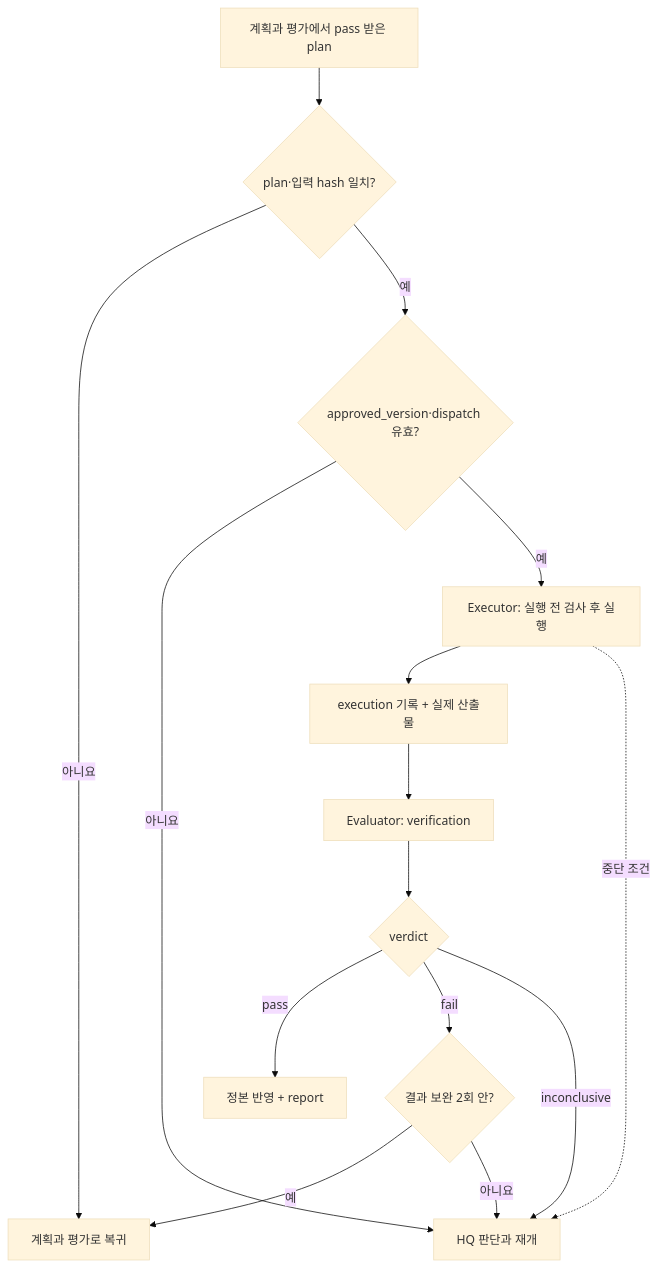
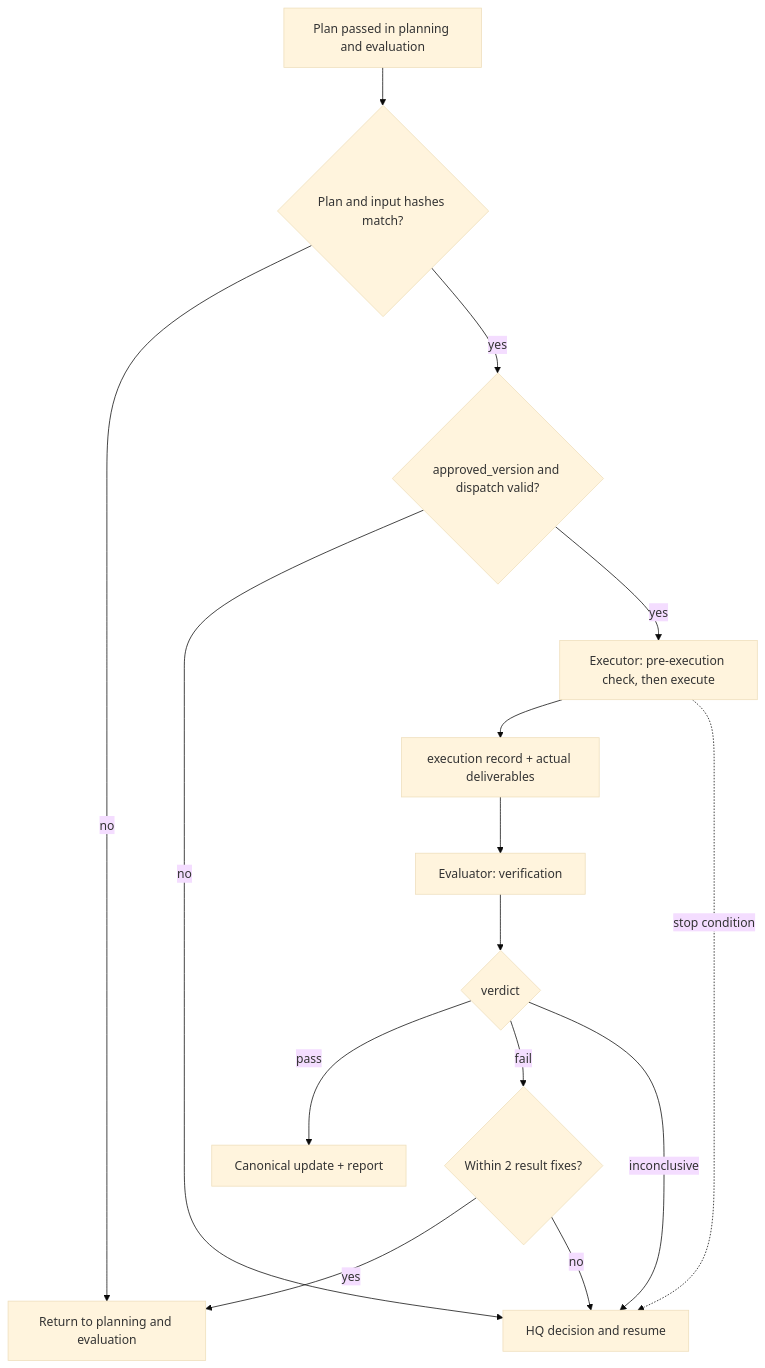
One commit to jinwoongkwak/AGENT_NODE_GOVERNANCE changed the third of 4 diagrams in AI/Workflow_agent.md. Above: the diagram before and after it, drawn with Mermaid (base theme). The commit also changed other lines of this file and 43 other files, not shown here.

````diff
--- a/AI/Workflow_agent.md
+++ b/AI/Workflow_agent.md
@@ -123,17 +123,17 @@
 ```mermaid
 flowchart TD
-    P["계획과 평가에서 pass 받은 plan"] --> I{"plan·입력 hash 일치?"}
-    I -->|아니요| A["계획과 평가로 복귀"]
-    I -->|예| G{"approved_version·dispatch 유효?"}
-    G -->|아니요| Q["HQ 판단과 재개"]
-    G -->|예| X["Executor: 실행 전 검사 후 실행"]
-    X --> R["execution 기록 + 실제 산출물"]
+    P["Plan passed in planning and evaluation"] --> I{"Plan and input hashes match?"}
+    I -->|no| A["Return to planning and evaluation"]
+    I -->|yes| G{"approved_version and dispatch valid?"}
+    G -->|no| Q["HQ decision and resume"]
+    G -->|yes| X["Executor: pre-execution check, then execute"]
+    X --> R["execution record + actual deliverables"]
     R --> E["Evaluator: verification"]
     E --> V{"verdict"}
-    V -->|pass| S["정본 반영 + report"]
-    V -->|fail| L{"결과 보완 2회 안?"}
+    V -->|pass| S["Canonical update + report"]
+    V -->|fail| L{"Within 2 result fixes?"}
     V -->|inconclusive| Q
-    L -->|예| A
-    L -->|아니요| Q
-    X -.->|중단 조건| Q
+    L -->|yes| A
+    L -->|no| Q
+    X -.->|stop condition| Q
 ```
````
